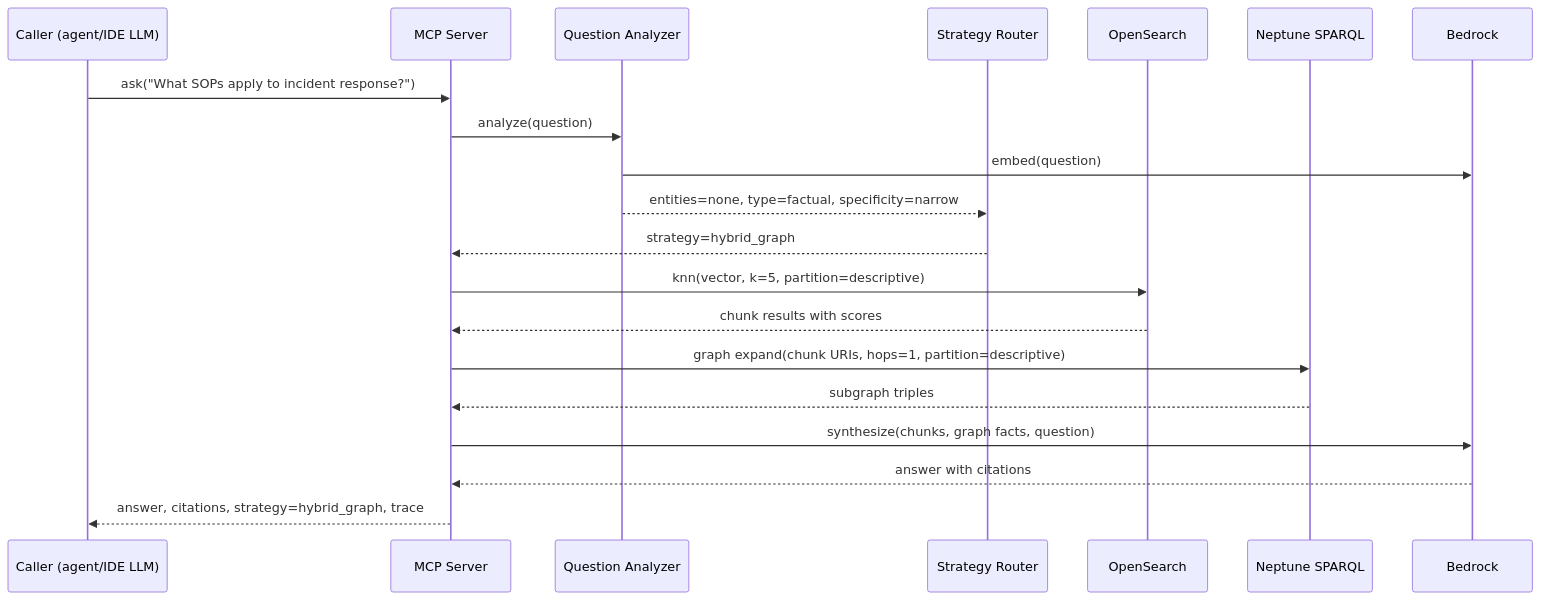
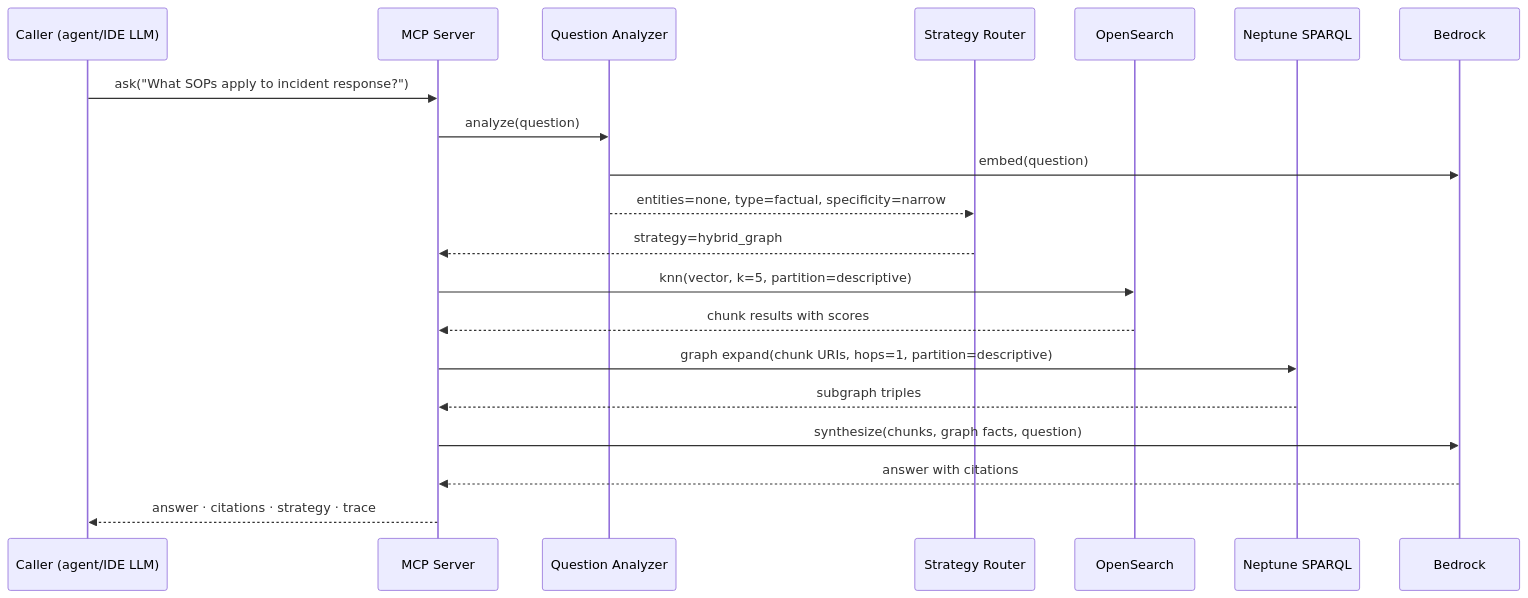
Before and after one commit to eugenelim/graphrag-aws-template: the second of 5 diagrams in docs/architecture/biz-ops-knowledge-graph/design.md, drawn with Mermaid. The commit also changed other lines of this file, not shown here.

First line of the commit message:
fix(docs): remediate 7 Mermaid diagram defects in biz-ops-knowledge-graph design

````diff
--- a/docs/architecture/biz-ops-knowledge-graph/design.md
+++ b/docs/architecture/biz-ops-knowledge-graph/design.md
@@ -446,23 +447,23 @@
 ```mermaid
 sequenceDiagram
     participant C as Caller (agent/IDE LLM)
     participant M as MCP Server
     participant A as Question Analyzer
     participant R as Strategy Router
     participant OS as OpenSearch
     participant NP as Neptune SPARQL
     participant BD as Bedrock
 
     C->>M: ask("What SOPs apply to incident response?")
     M->>A: analyze(question)
     A->>BD: embed(question)
     A-->>R: entities=none, type=factual, specificity=narrow
     R-->>M: strategy=hybrid_graph
     M->>OS: knn(vector, k=5, partition=descriptive)
     OS-->>M: chunk results with scores
     M->>NP: graph expand(chunk URIs, hops=1, partition=descriptive)
     NP-->>M: subgraph triples
     M->>BD: synthesize(chunks, graph facts, question)
     BD-->>M: answer with citations
-    M-->>C: answer, citations, strategy=hybrid_graph, trace
+    M-->>C: answer · citations · strategy · trace
 ```
````
